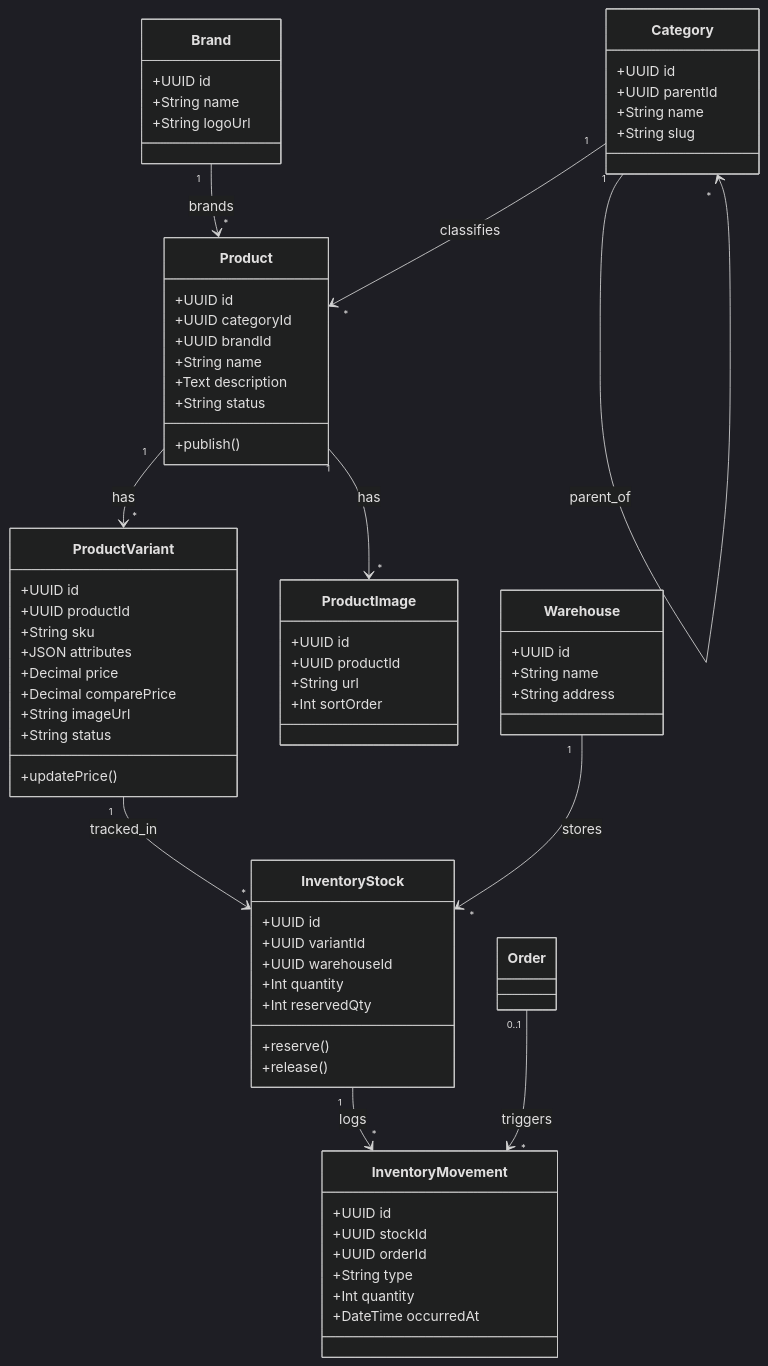
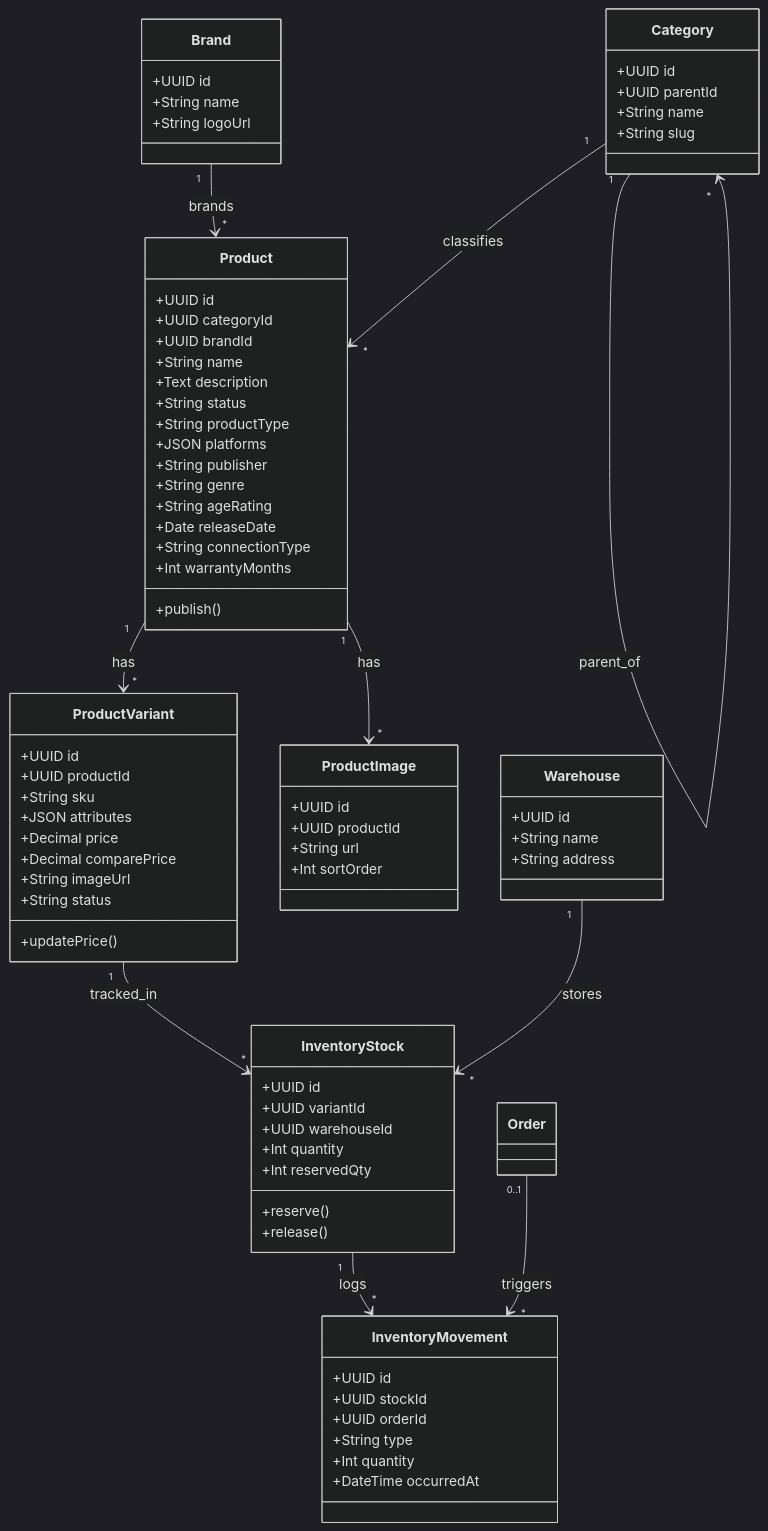
Before and after one commit to KhanhChung2k5/Shopee: the third of 6 diagrams in crm-ecommerce-class-diagram.md, drawn with Mermaid (dark theme). The commit also changed other lines of this file and 1 other file, not shown here.

Commit message:
add project overview flow diagrams (use case, state, sequence)

```diff
--- a/crm-ecommerce-class-diagram.md
+++ b/crm-ecommerce-class-diagram.md
@@ -235,6 +237,14 @@
         +String name
         +Text description
         +String status
+        +String productType
+        +JSON platforms
+        +String publisher
+        +String genre
+        +String ageRating
+        +Date releaseDate
+        +String connectionType
+        +Int warrantyMonths
         +publish()
     }
 
```
